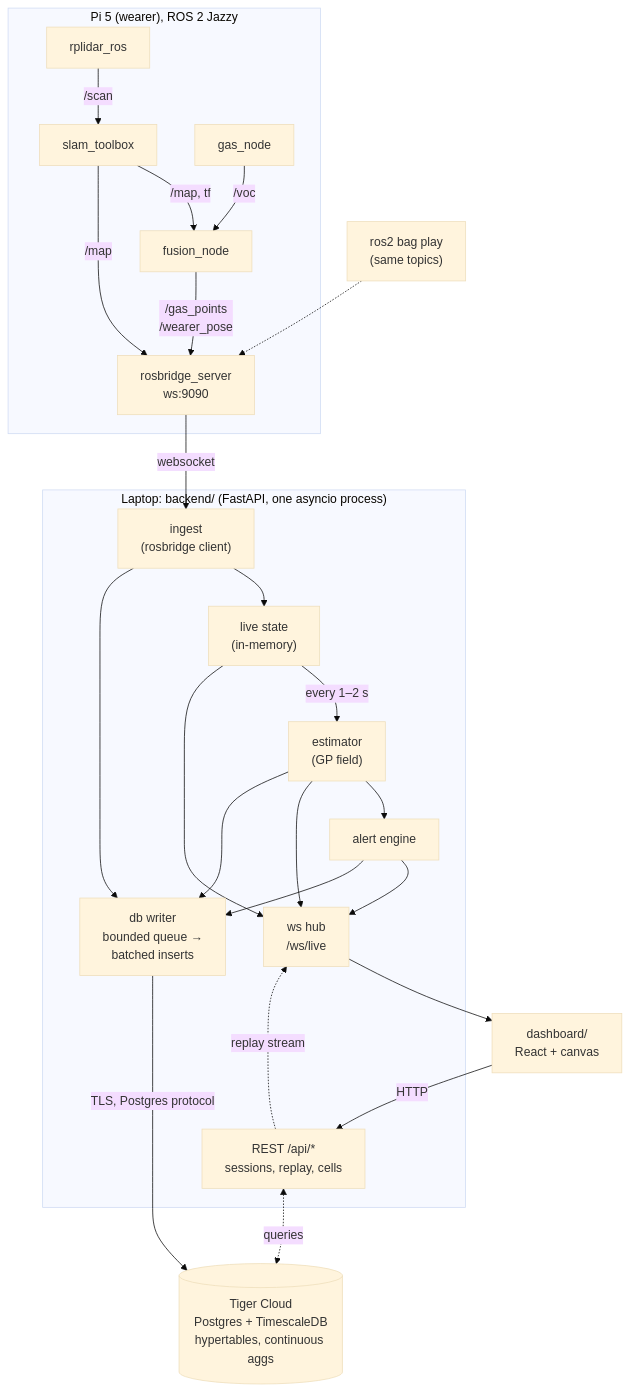
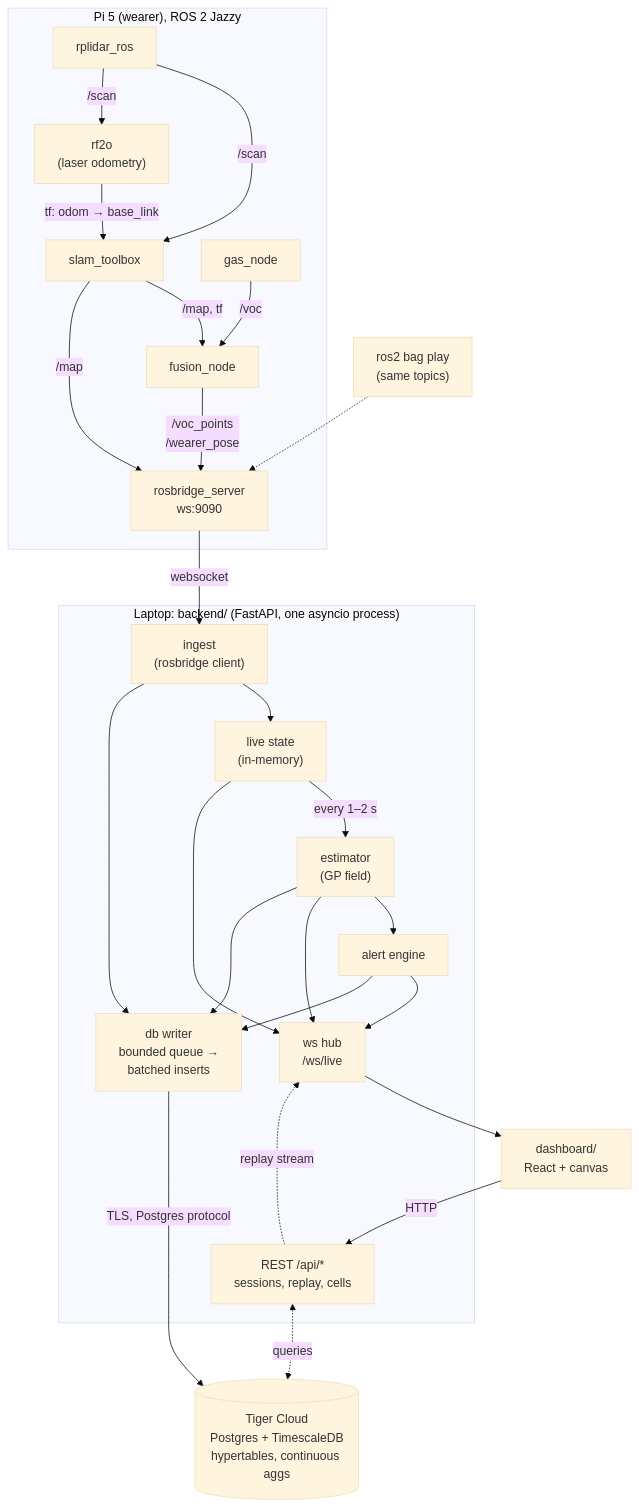
Before and after one commit to RichardLi-1/Pyrosense: the diagram in docs/ARCHITECTURE.md, drawn with Mermaid (base theme). The commit also changed other lines of this file and 3 other files, not shown here.

Commit message:
Fix: change backend to read voc_points rather than gas_points

````diff
--- a/docs/ARCHITECTURE.md
+++ b/docs/ARCHITECTURE.md
@@ -18,35 +18,37 @@
 ```mermaid
 flowchart TB
     subgraph pi["Pi 5 (wearer), ROS 2 Jazzy"]
         rplidar["rplidar_ros"] -- "/scan" --> slam["slam_toolbox"]
+        rplidar -- "/scan" --> rf2o["rf2o<br/>(laser odometry)"]
+        rf2o -- "tf: odom → base_link" --> slam
         gasnode["gas_node"] -- "/voc" --> fusion["fusion_node"]
         slam -- "/map, tf" --> fusion
         slam -- "/map" --> bridge["rosbridge_server<br/>ws:9090"]
-        fusion -- "/gas_points<br/>/wearer_pose" --> bridge
+        fusion -- "/voc_points<br/>/wearer_pose" --> bridge
     end
 
     bag["ros2 bag play<br/>(same topics)"] -.-> bridge
 
     subgraph laptop["Laptop: backend/ (FastAPI, one asyncio process)"]
         ingest["ingest<br/>(rosbridge client)"] --> state["live state<br/>(in-memory)"]
         state -- "every 1–2 s" --> est["estimator<br/>(GP field)"]
         est --> alerts["alert engine"]
         state --> hub["ws hub<br/>/ws/live"]
         est --> hub
         alerts --> hub
         ingest --> writer["db writer<br/>bounded queue →<br/>batched inserts"]
         est --> writer
         alerts --> writer
         api["REST /api/*<br/>sessions, replay, cells"]
     end
 
     dash["dashboard/<br/>React + canvas"]
     tiger[("Tiger Cloud<br/>Postgres + TimescaleDB<br/>hypertables, continuous aggs")]
 
     bridge -- "websocket" --> ingest
     hub --> dash
     dash -- "HTTP" --> api
     writer -- "TLS, Postgres protocol" --> tiger
     api <-. "queries" .-> tiger
     api -. "replay stream" .-> hub
 ```
````
